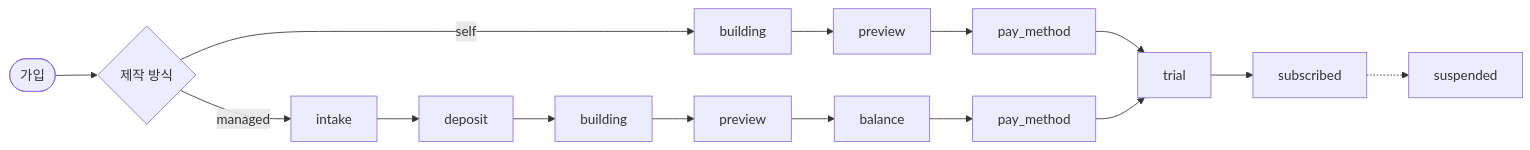
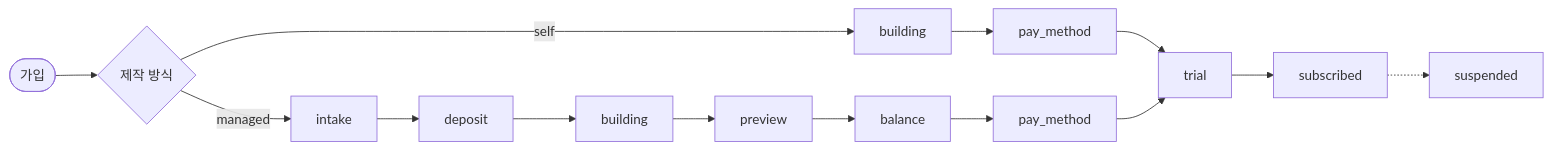
Before and after one commit to oksusoo1/homepageDev: the diagram in my-platform/docs/플로우.md, drawn with Mermaid. The commit also changed other lines of this file and 83 other files, not shown here.

````diff
--- a/my-platform/docs/플로우.md
+++ b/my-platform/docs/플로우.md
@@ -39,7 +39,7 @@
 ```mermaid
 flowchart LR
   Start([가입]) --> Choose{제작 방식}
-  Choose -->|self| A1[building] --> A2[preview] --> A3[pay_method] --> A4[trial] --> A5[subscribed]
+  Choose -->|self| A1[building] --> A3[pay_method] --> A4[trial] --> A5[subscribed]
   Choose -->|managed| B1[intake] --> B2[deposit] --> B3[building] --> B4[preview] --> B5[balance] --> B6[pay_method] --> A4
   A5 -.-> X[suspended]
 ```
````
